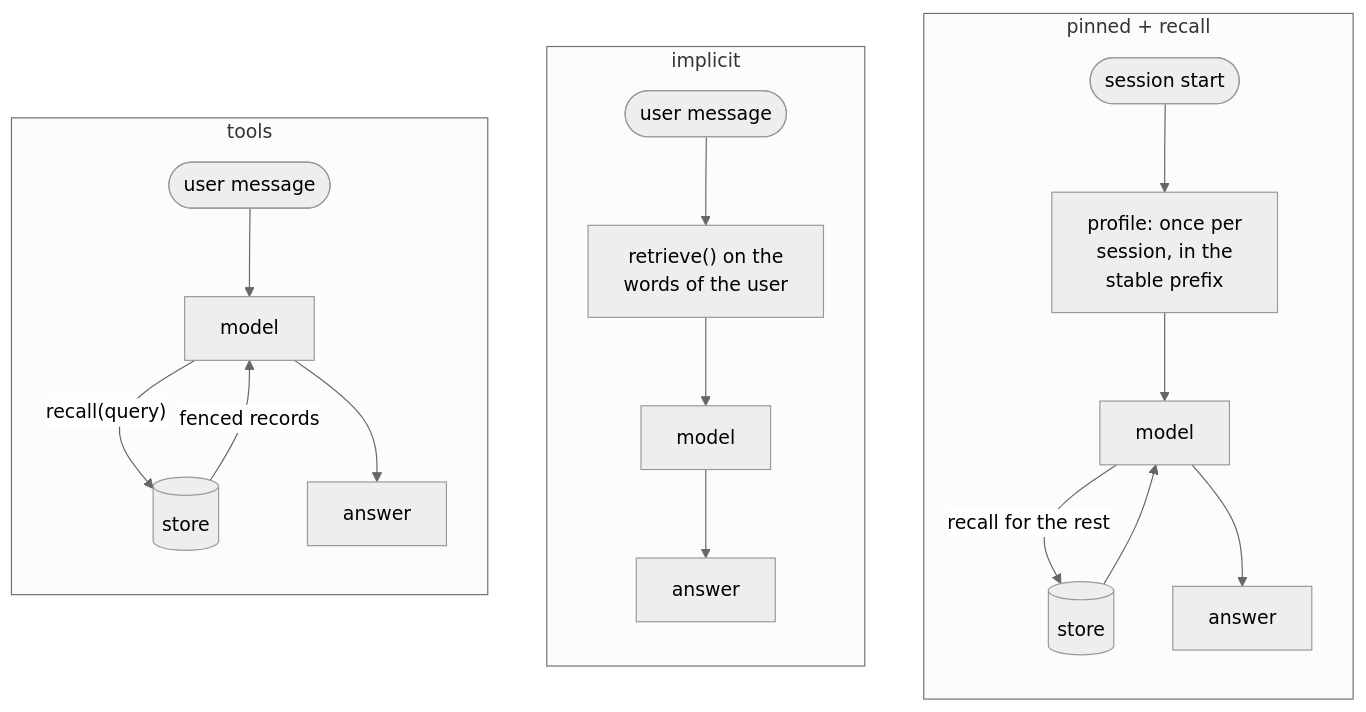
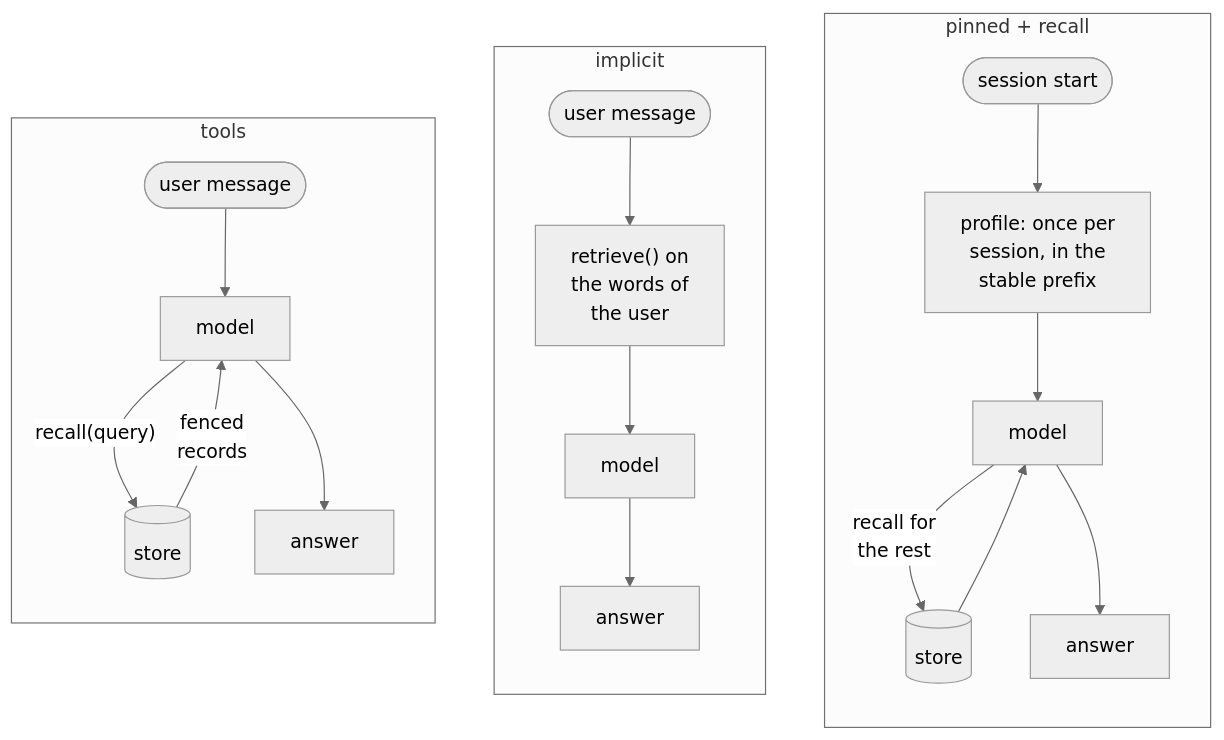
One commit to aniryou/full-stack-agentic-engineer changed the fourth of 8 diagrams in 07-application-agent-framework/agent-memory/PRIMER.md. Above: the diagram before and after it, drawn with Mermaid (neutral theme). The commit also changed other lines of this file and 211 other files, not shown here.

````diff
--- a/07-application-agent-framework/agent-memory/PRIMER.md
+++ b/07-application-agent-framework/agent-memory/PRIMER.md
@@ -496,26 +522,26 @@
 ```mermaid
 flowchart LR
     subgraph T ["tools"]
         direction TB
         T1([user message]) --> T2[model]
         T2 -- "recall(query)" --> T3[(store)]
-        T3 -- "fenced records" --> T2
+        T3 -- "fenced<br/>records" --> T2
         T2 --> T4[answer]
     end
     subgraph I ["implicit"]
         direction TB
-        I1([user message]) --> I2["retrieve() on the<br/>words of the user"]
+        I1([user message]) --> I2["retrieve() on<br/>the words of<br/>the user"]
         I2 --> I3[model]
         I3 --> I4[answer]
     end
     subgraph P ["pinned + recall"]
         direction TB
         P1([session start]) --> P2["profile: once per<br/>session, in the<br/>stable prefix"]
         P2 --> P3[model]
-        P3 -- "recall for the rest" --> P4[(store)]
+        P3 -- "recall for<br/>the rest" --> P4[(store)]
         P4 --> P3
         P3 --> P5[answer]
     end
     T ~~~ I
     I ~~~ P
 ```
````
